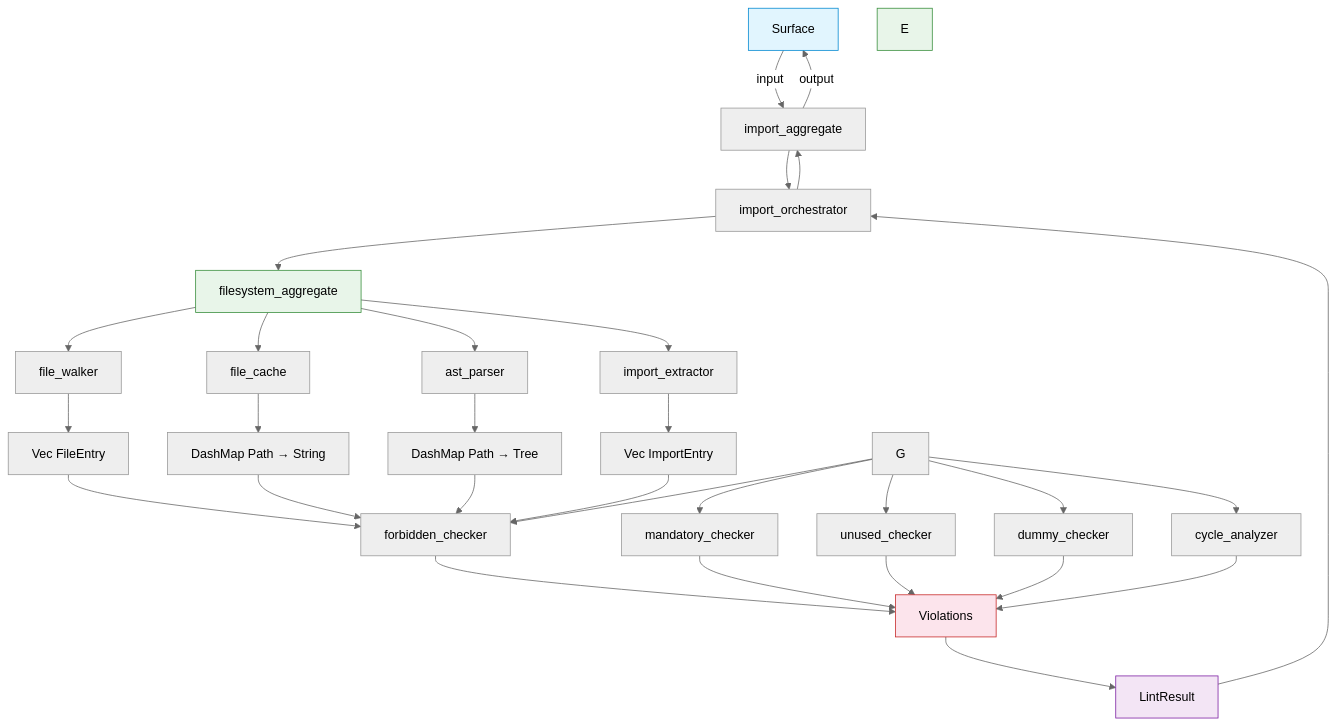
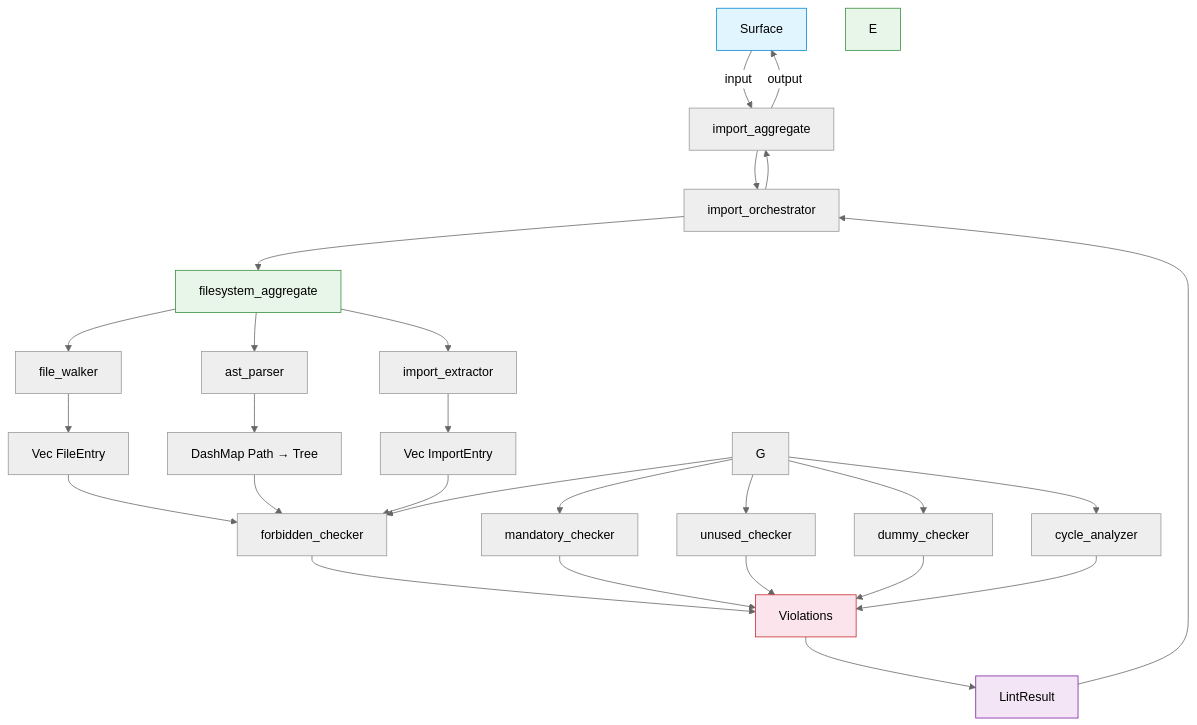
Before and after one commit to rakaarwaky/lint-arwaky: the diagram in crates/import-rules/FRD.md, drawn with Mermaid (neutral theme). The commit also changed 3 other files, not shown here.

First line of the commit message:
docs: remove file_cache from mermaids — it's a utility, not capability

````diff
--- a/crates/import-rules/FRD.md
+++ b/crates/import-rules/FRD.md
@@ -9,38 +9,35 @@
 ```mermaid
 flowchart TD
     A["Surface"] -->|input| B["import_aggregate"]
     B --> C["import_orchestrator"]
     C --> D["filesystem_aggregate"]
     D --> E1["file_walker"]
-    D --> E2["file_cache"]
     D --> F1["ast_parser"]
     D --> F2["import_extractor"]
     E1 --> G1["Vec FileEntry"]
-    E2 --> G2["DashMap Path → String"]
-    F1 --> G3["DashMap Path → Tree"]
-    F2 --> G4["Vec ImportEntry"]
+    F1 --> G2["DashMap Path → Tree"]
+    F2 --> G3["Vec ImportEntry"]
     G1 --> H1["forbidden_checker"]
     G2 --> H1
     G3 --> H1
-    G4 --> H1
     G --> H1["forbidden_checker"]
     G --> H2["mandatory_checker"]
     G --> H3["unused_checker"]
     G --> H4["dummy_checker"]
     G --> H5["cycle_analyzer"]
     H1 --> I["Violations"]
     H2 --> I
     H3 --> I
     H4 --> I
     H5 --> I
     I --> J["LintResult"]
     J --> C
     C --> B
     B -->|output| A
 
     style A fill:#e1f5fe,stroke:#0288d1
     style D fill:#e8f5e9,stroke:#388e3c
     style E fill:#e8f5e9,stroke:#388e3c
     style I fill:#fce4ec,stroke:#c62828
     style J fill:#f3e5f5,stroke:#7b1fa2
 ```
````
